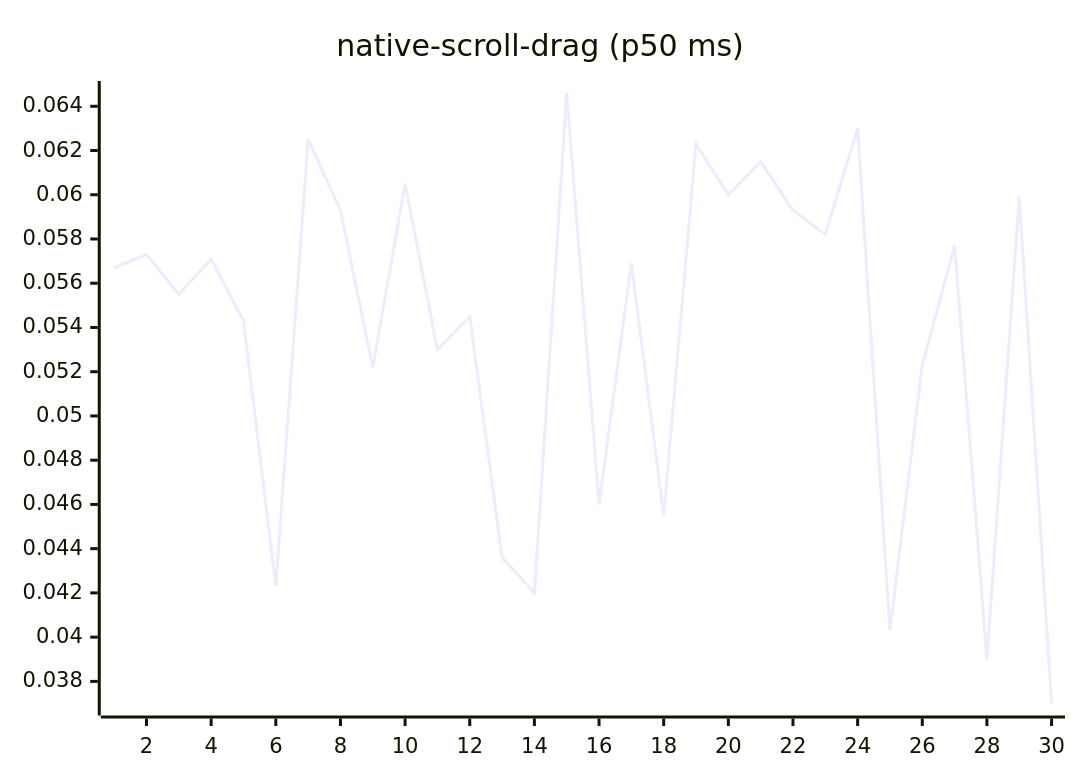
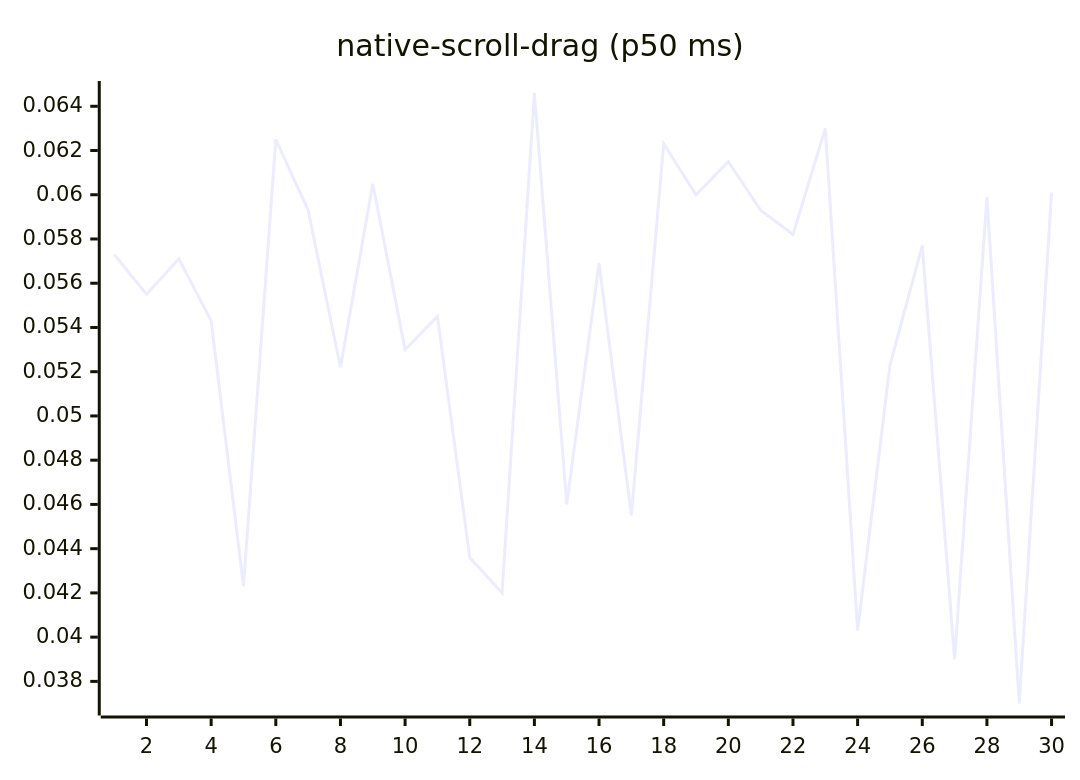
Before and after one commit to josha/Facet: diagram 14 of 27 in README.md, drawn with Mermaid. The commit also changed other lines of this file and 2 other files, not shown here.

````diff
--- a/README.md
+++ b/README.md
@@ -154,6 +154,6 @@
 ```mermaid
 xychart-beta
     title "native-scroll-drag (p50 ms)"
     x-axis 1 --> 30
-    line [0.0567, 0.0573, 0.0555, 0.0571, 0.0543, 0.0423, 0.0625, 0.0593, 0.0522, 0.0605, 0.0530, 0.0545, 0.0436, 0.0420, 0.0646, 0.0460, 0.0569, 0.0455, 0.0623, 0.0600, 0.0615, 0.0593, 0.0582, 0.0630, 0.0403, 0.0523, 0.0577, 0.0390, 0.0599, 0.0370]
+    line [0.0573, 0.0555, 0.0571, 0.0543, 0.0423, 0.0625, 0.0593, 0.0522, 0.0605, 0.0530, 0.0545, 0.0436, 0.0420, 0.0646, 0.0460, 0.0569, 0.0455, 0.0623, 0.0600, 0.0615, 0.0593, 0.0582, 0.0630, 0.0403, 0.0523, 0.0577, 0.0390, 0.0599, 0.0370, 0.0601]
 ```
````
